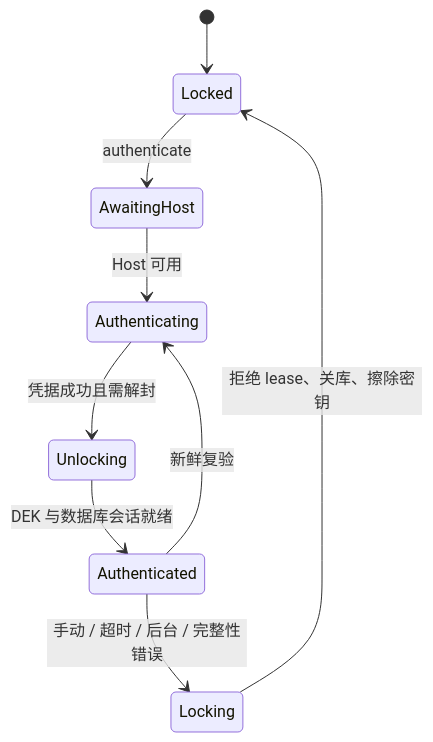
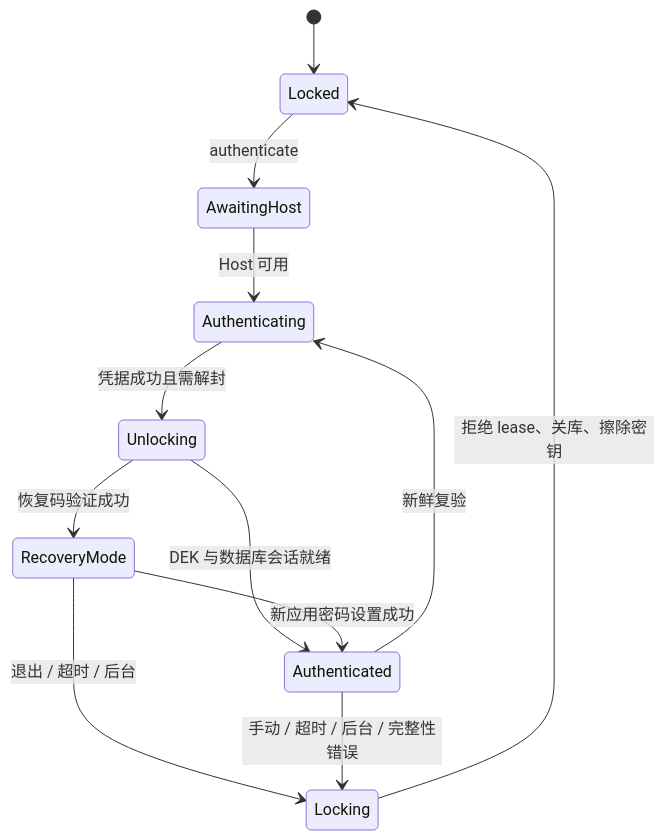
The first of 2 diagrams in docs/security/authentication.md (aozijx/Passly), drawn with Mermaid before and after one commit. The commit also changed other lines of this file and 35 other files, not shown here.

````diff
--- a/docs/security/authentication.md
+++ b/docs/security/authentication.md
@@ -10,11 +10,14 @@
 ```mermaid
 stateDiagram-v2
     [*] --> Locked
     Locked --> AwaitingHost: authenticate
     AwaitingHost --> Authenticating: Host 可用
     Authenticating --> Unlocking: 凭据成功且需解封
     Unlocking --> Authenticated: DEK 与数据库会话就绪
+    Unlocking --> RecoveryMode: 恢复码验证成功
+    RecoveryMode --> Authenticated: 新应用密码设置成功
+    RecoveryMode --> Locking: 退出 / 超时 / 后台
     Authenticated --> Authenticating: 新鲜复验
     Authenticated --> Locking: 手动 / 超时 / 后台 / 完整性错误
     Locking --> Locked: 拒绝 lease、关库、擦除密钥
 ```
````
